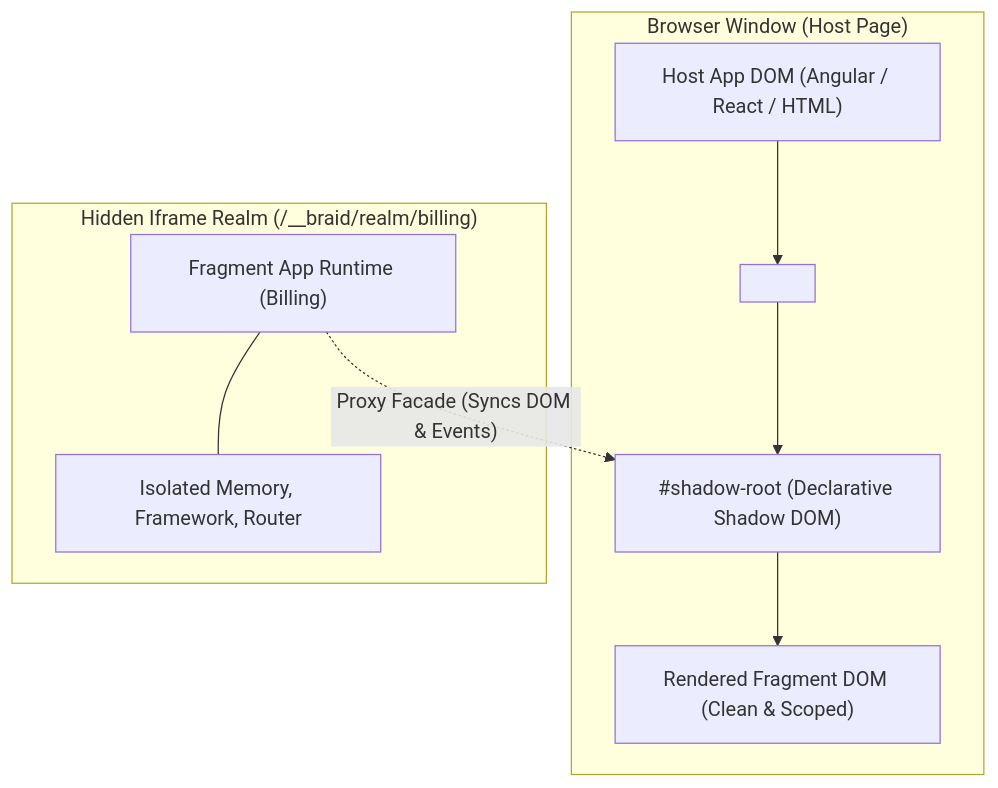
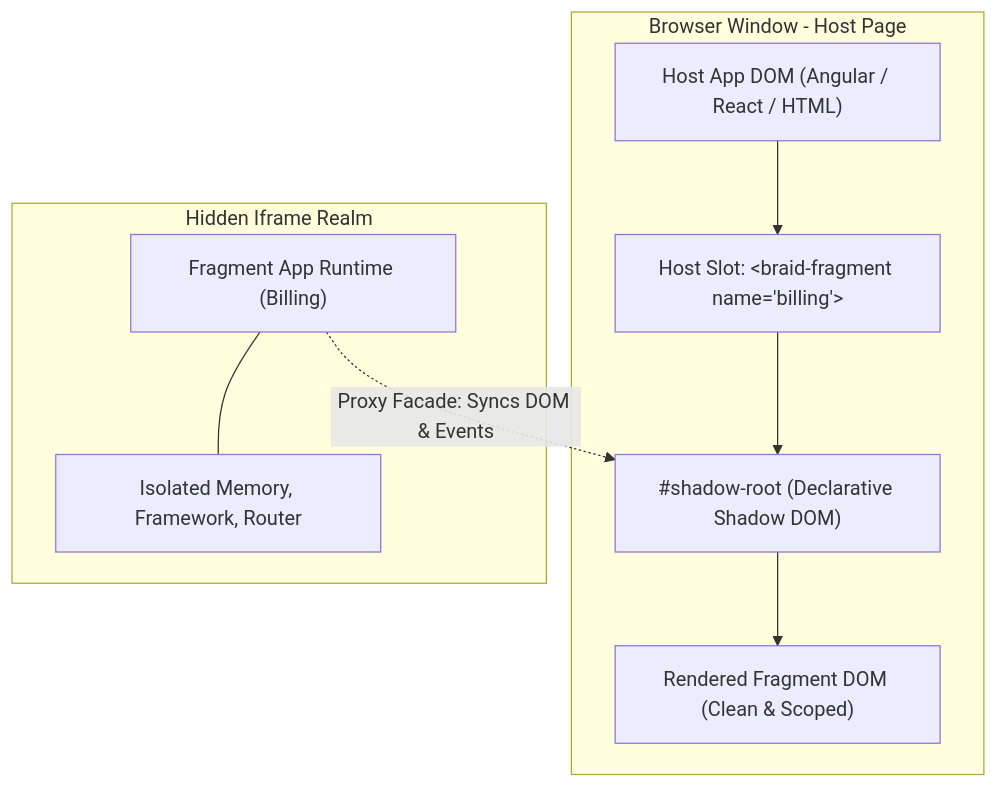
One commit to Jefftopia/skew changed the first of 2 diagrams in docs/tutorials/05-braid.md. Above: the diagram before and after it, drawn with Mermaid. The commit also changed other lines of this file and 3 other files, not shown here.

````diff
--- a/docs/tutorials/05-braid.md
+++ b/docs/tutorials/05-braid.md
@@ -86,20 +86,20 @@
 ```mermaid
 graph TD
-    subgraph Browser["Browser Window (Host Page)"]
+    subgraph Browser [Browser Window - Host Page]
         HostDOM["Host App DOM (Angular / React / HTML)"]
-        Slot["<braid-fragment name='billing'>"]
+        Slot["Host Slot: &lt;braid-fragment name='billing'&gt;"]
         Shadow["#shadow-root (Declarative Shadow DOM)"]
         
         HostDOM --> Slot
         Slot --> Shadow
         Shadow --> FragmentDOM["Rendered Fragment DOM (Clean & Scoped)"]
     end
 
-    subgraph HiddenRealm["Hidden Iframe Realm (/__braid/realm/billing)"]
+    subgraph HiddenRealm [Hidden Iframe Realm]
         RemoteJS["Fragment App Runtime (Billing)"]
         RemoteState["Isolated Memory, Framework, Router"]
         RemoteJS --- RemoteState
     end
 
-    RemoteJS -.->|"Proxy Facade (Syncs DOM & Events)"| Shadow
+    RemoteJS -.-> |Proxy Facade: Syncs DOM & Events| Shadow
 ```
````
